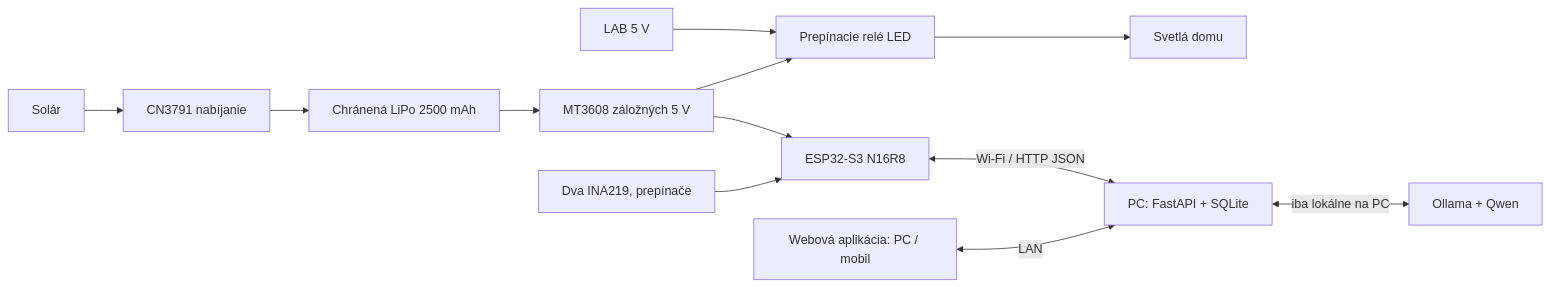
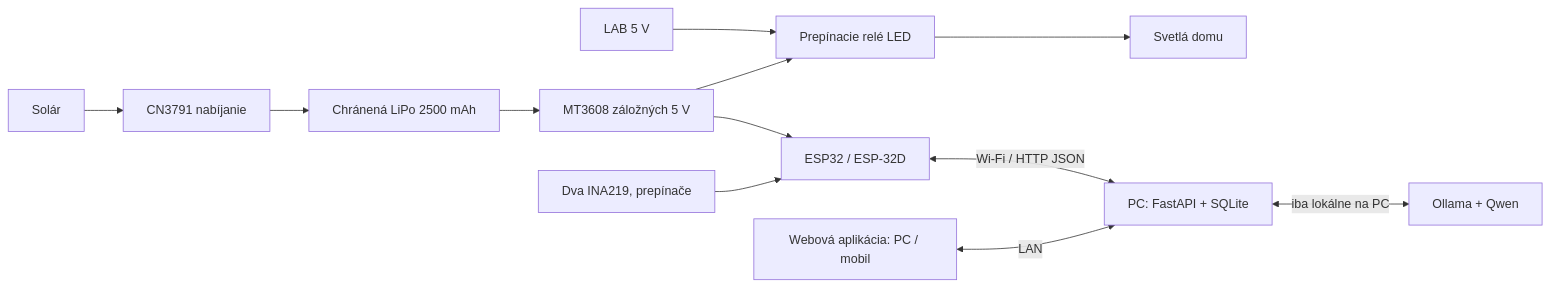
Before and after one commit to matejzm2019/SOC: the diagram in docs/AKO-TO-FUNGUJE.md, drawn with Mermaid. The commit also changed other lines of this file and 30 other files, not shown here.

````diff
--- a/docs/AKO-TO-FUNGUJE.md
+++ b/docs/AKO-TO-FUNGUJE.md
@@ -7,14 +7,14 @@
 ```mermaid
 flowchart LR
  P[Solár] --> C[CN3791 nabíjanie]
  C --> B[Chránená LiPo 2500 mAh]
  B --> M[MT3608 záložných 5 V]
  L[LAB 5 V] --> R[Prepínacie relé LED]
  M --> R
  R --> LED[Svetlá domu]
- M --> E[ESP32-S3 N16R8]
+ M --> E["ESP32 / ESP-32D"]
  I[Dva INA219, prepínače] --> E
  E <-->|Wi-Fi / HTTP JSON| S[PC: FastAPI + SQLite]
  S <-->|iba lokálne na PC| AI[Ollama + Qwen]
  WEB[Webová aplikácia: PC / mobil] <-->|LAN| S
 ```
````
